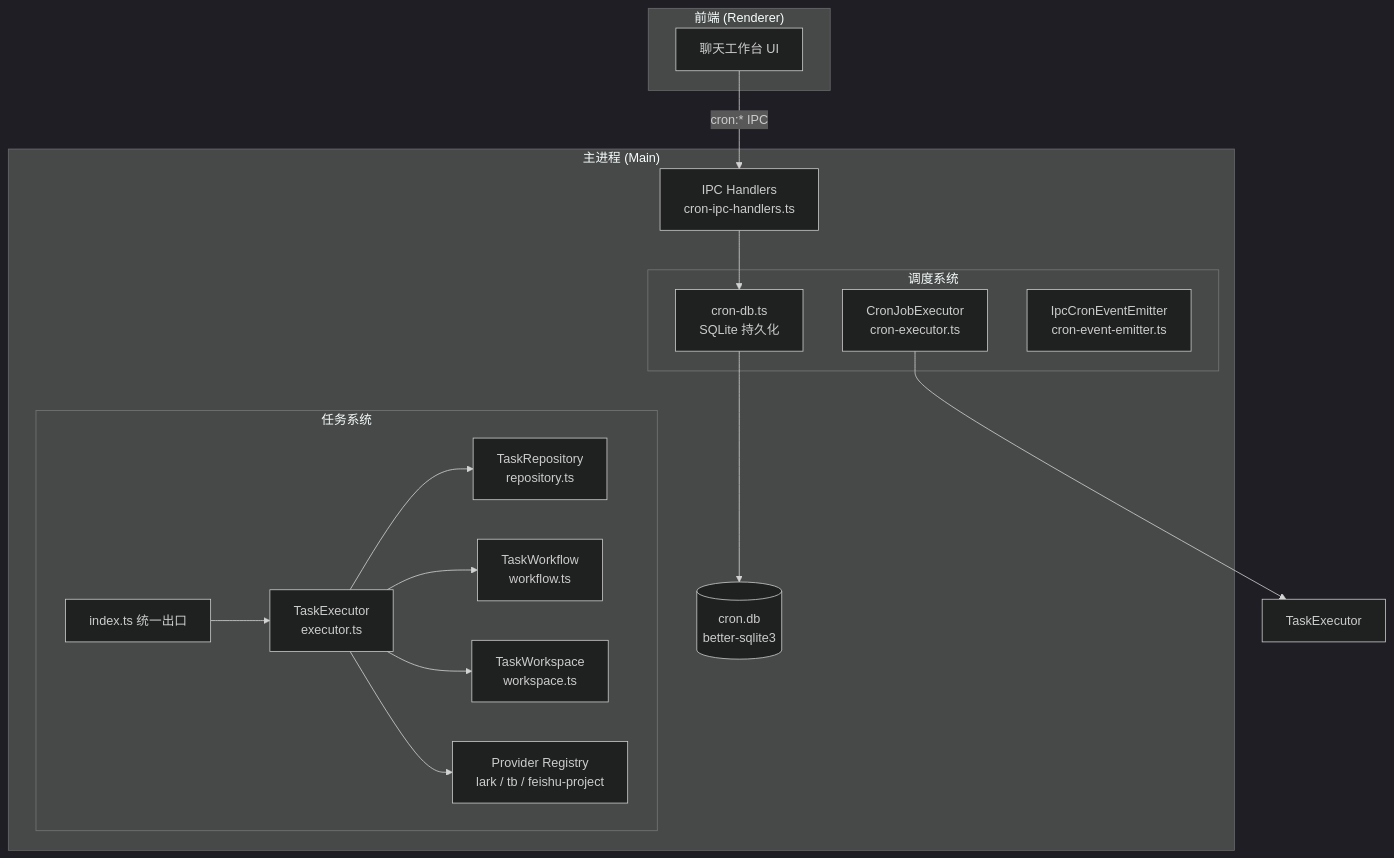
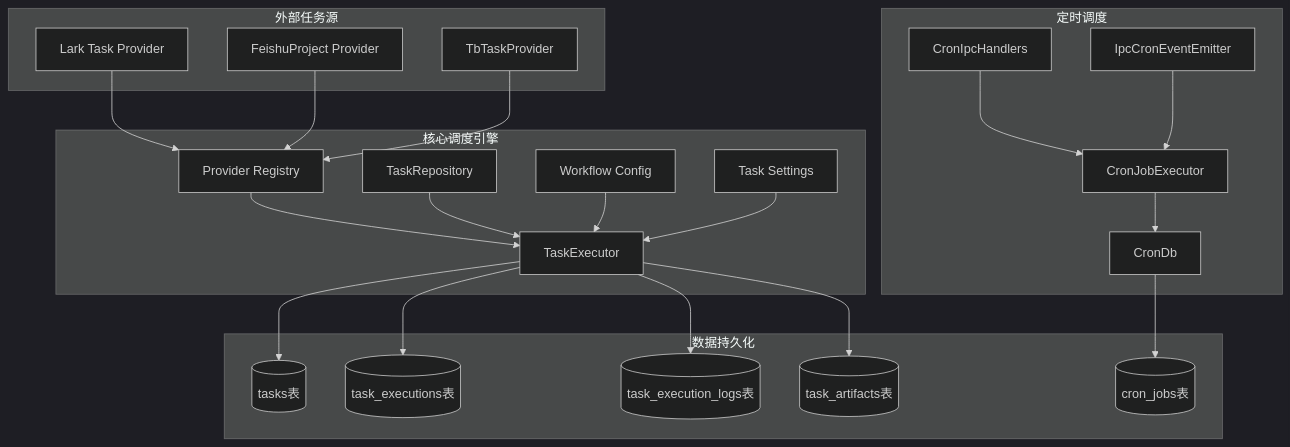
One commit to lst016/tech-cc-hub changed the first of 3 diagrams in .tech/repowiki/zh/content/核心模块规格/任务与调度系统总览.md. Above: the diagram before and after it, drawn with Mermaid (dark theme). The commit also changed other lines of this file and 195 other files, not shown here.

````diff
--- a/.tech/repowiki/zh/content/核心模块规格/任务与调度系统总览.md
+++ b/.tech/repowiki/zh/content/核心模块规格/任务与调度系统总览.md
@@ -52,37 +65,50 @@
 ```mermaid
 flowchart TD
-    subgraph Client["前端 (Renderer)"]
-        UI[聊天工作台 UI]
+    subgraph External["外部任务源"]
+        LARK[Lark Task Provider]
+        FEISHU[FeishuProject Provider]
+        TB[TbTaskProvider]
     end
 
-    subgraph Main["主进程 (Main)"]
-        IPC[IPC Handlers<br/>cron-ipc-handlers.ts]
-
-        subgraph TaskSystem["任务系统"]
-            TaskIndex[index.ts 统一出口]
-            Executor[TaskExecutor<br/>executor.ts]
-            Repository[TaskRepository<br/>repository.ts]
-            Workflow[TaskWorkflow<br/>workflow.ts]
-            Workspace[TaskWorkspace<br/>workspace.ts]
-            Providers[Provider Registry<br/>lark / tb / feishu-project]
-        end
-
-        subgraph CronSystem["调度系统"]
-            CronDB[cron-db.ts<br/>SQLite 持久化]
-            CronExecutor[CronJobExecutor<br/>cron-executor.ts]
-            CronEmitter[IpcCronEventEmitter<br/>cron-event-emitter.ts]
-        end
-
-        DB[(cron.db<br/>better-sqlite3)]
+    subgraph Core["核心调度引擎"]
+        REGISTRY[Provider Registry]
+        EXECUTOR[TaskExecutor]
+        REPO[TaskRepository]
+        WORKFLOW[Workflow Config]
+        SETTINGS[Task Settings]
     end
 
-    UI -->|"cron:* IPC"| IPC
-    IPC --> CronDB
-    CronDB --> DB
-    CronExecutor --> TaskExecutor
-    TaskIndex --> Executor
-    Executor --> Repository
-    Executor --> Workflow
-    Executor --> Workspace
-    Executor --> Providers
+    subgraph Scheduling["定时调度"]
+        CRON_DB[CronDb]
+        CRON_EXECUTOR[CronJobExecutor]
+        CRON_HANDLERS[CronIpcHandlers]
+        CRON_EMITTER[IpcCronEventEmitter]
+    end
+
+    subgraph Storage["数据持久化"]
+        TASKS[(tasks表)]
+        EXECUTIONS[(task_executions表)]
+        LOGS[(task_execution_logs表)]
+        ARTIFACTS[(task_artifacts表)]
+        CRON_JOBS[(cron_jobs表)]
+    end
+
+    LARK --> REGISTRY
+    FEISHU --> REGISTRY
+    TB --> REGISTRY
+
+    REGISTRY --> EXECUTOR
+    REPO --> EXECUTOR
+    WORKFLOW --> EXECUTOR
+    SETTINGS --> EXECUTOR
+
+    EXECUTOR --> TASKS
+    EXECUTOR --> EXECUTIONS
+    EXECUTOR --> LOGS
+    EXECUTOR --> ARTIFACTS
+
+    CRON_DB --> CRON_JOBS
+    CRON_EXECUTOR --> CRON_DB
+    CRON_HANDLERS --> CRON_EXECUTOR
+    CRON_EMITTER --> CRON_EXECUTOR
 ```
````
